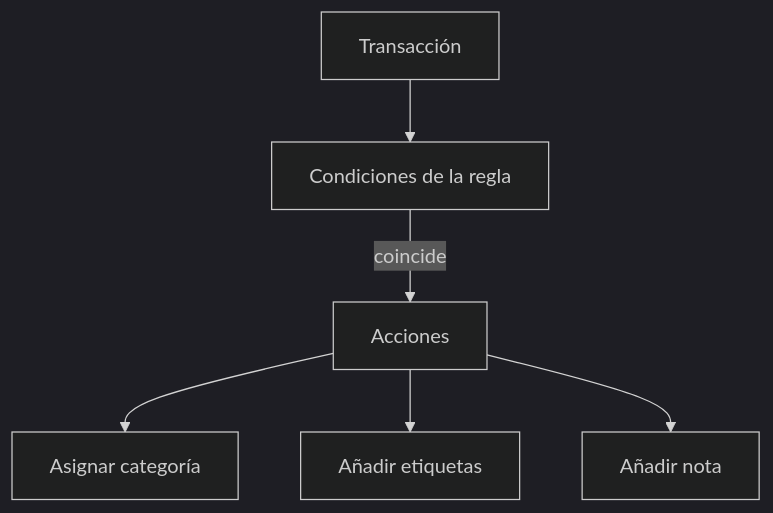
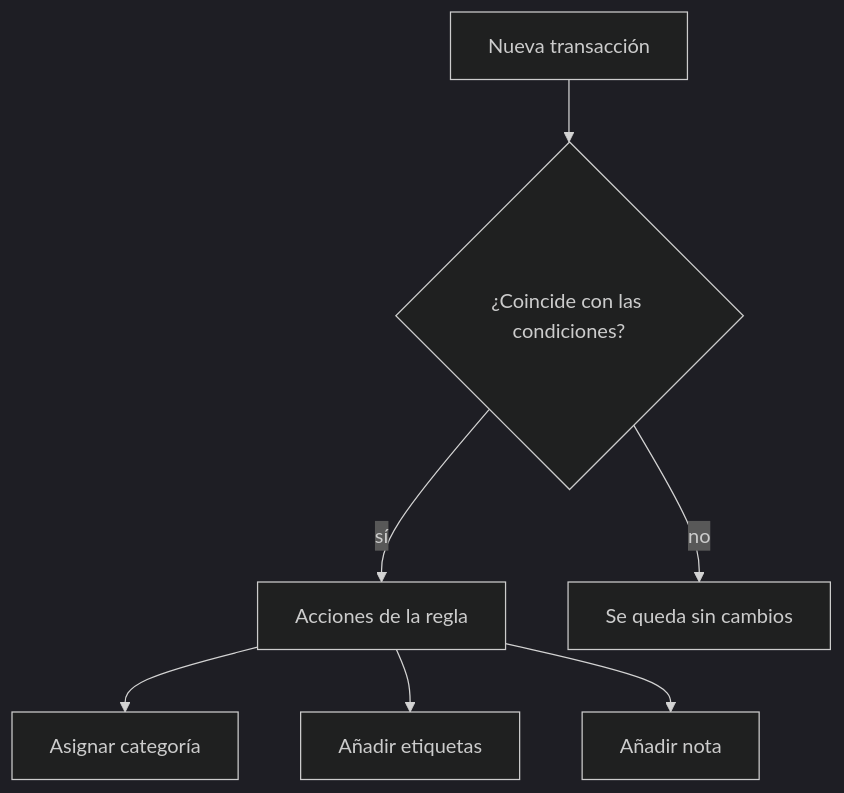
The diagram in resources/docs/documentation/30-organization/20-automation-rules-es.md (whisper-money/whisper-money), drawn with Mermaid (dark theme) before and after one commit. The commit also changed 36 other files, not shown here.

````diff
--- a/resources/docs/documentation/30-organization/20-automation-rules-es.md
+++ b/resources/docs/documentation/30-organization/20-automation-rules-es.md
@@ -17,8 +17,10 @@
 ```mermaid
 flowchart TD
-    transaction[Transacción] --> conditions[Condiciones de la regla]
-    conditions -->|coincide| actions[Acciones]
+    %% diagram: rule-flow-es
+    transaction[Nueva transacción] --> conditions{¿Coincide con las condiciones?}
+    conditions -->|sí| actions[Acciones de la regla]
+    conditions -->|no| unchanged[Se queda sin cambios]
     actions --> category[Asignar categoría]
     actions --> labels[Añadir etiquetas]
     actions --> note[Añadir nota]
 ```
````
